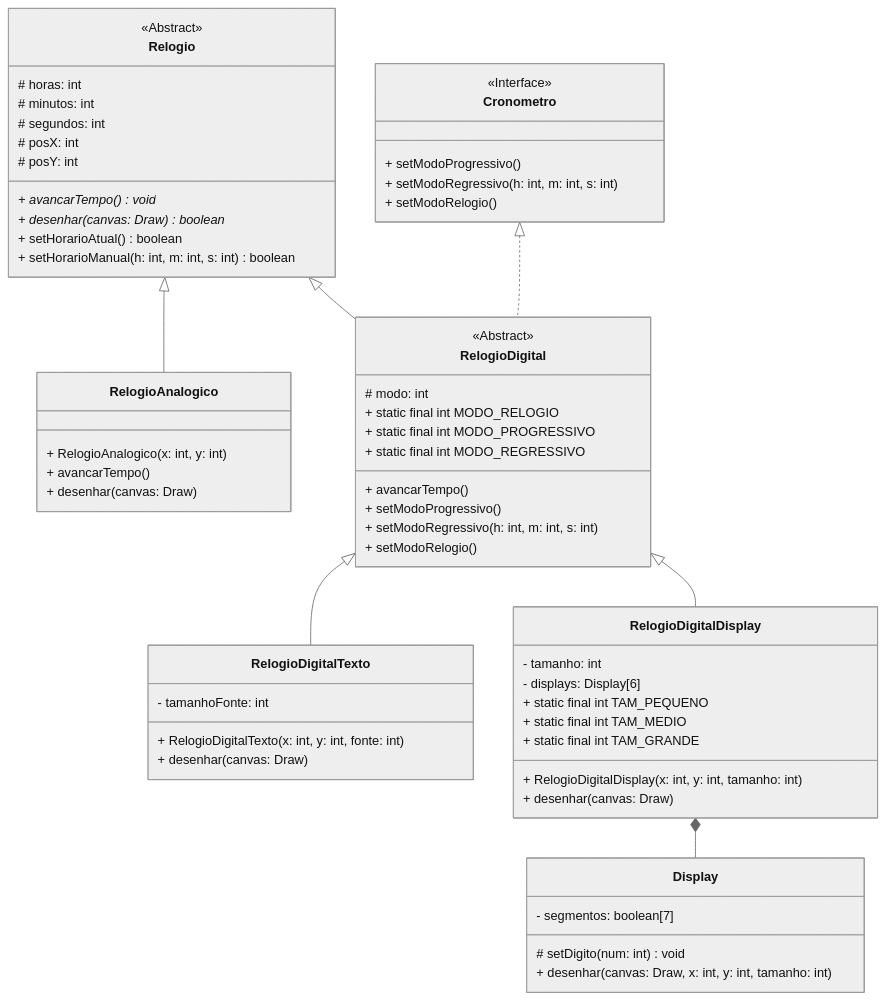
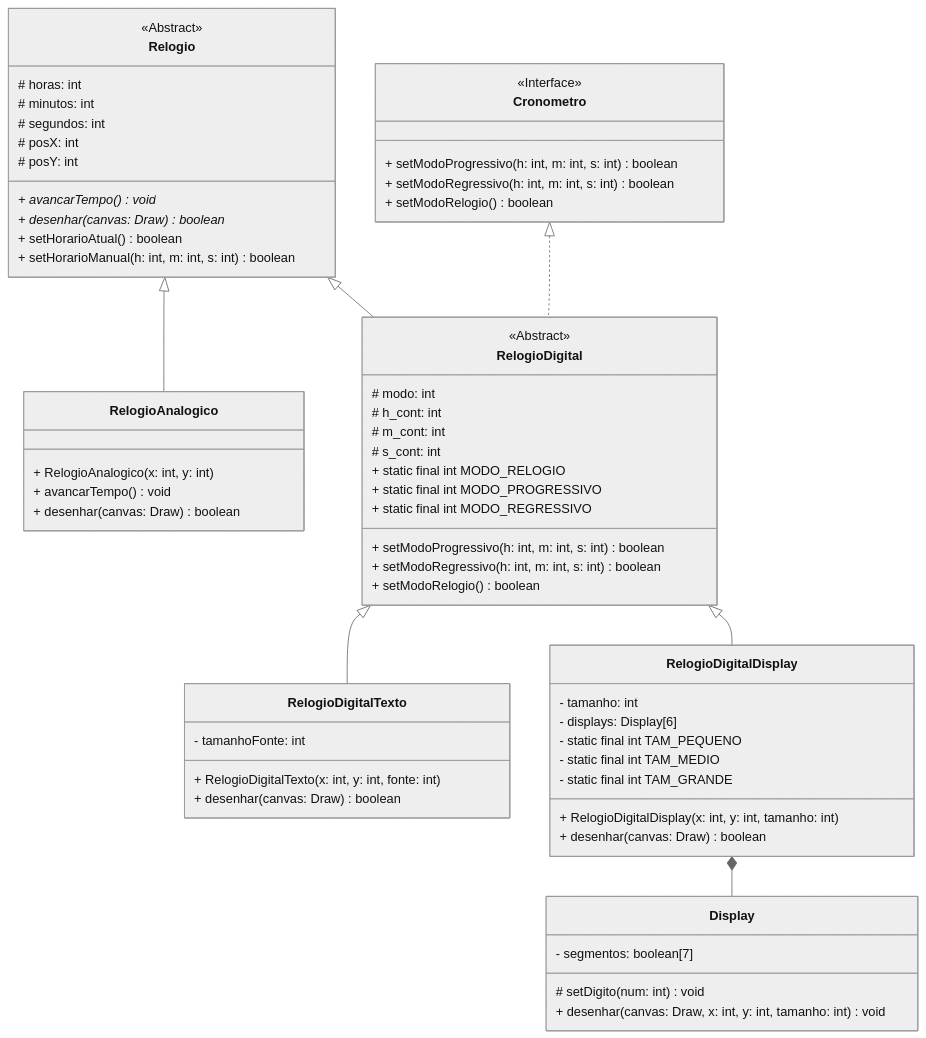
One commit to hiagosantos60/POO changed the diagram in lab06/README.md. Above: the diagram before and after it, drawn with Mermaid (neutral theme).

Commit message:
UPDATE UML

````diff
--- a/lab06/README.md
+++ b/lab06/README.md
@@ -8,71 +8,74 @@
 ``` mermaid
 classDiagram
 
     Relogio <|-- RelogioAnalogico
     Relogio <|-- RelogioDigital
     Cronometro <|.. RelogioDigital
     RelogioDigital <|-- RelogioDigitalTexto
     RelogioDigital <|-- RelogioDigitalDisplay
     RelogioDigitalDisplay *-- Display
 
     class Cronometro {
         <<Interface>>
-        + setModoProgressivo()
-        + setModoRegressivo(h: int, m: int, s: int)
-        + setModoRelogio()
+        + setModoProgressivo(h: int, m: int, s: int) boolean
+        + setModoRegressivo(h: int, m: int, s: int) boolean
+        + setModoRelogio() boolean
     }
 
     class Relogio {
         <<Abstract>>
         # horas: int
         # minutos: int
         # segundos: int
         # posX: int
         # posY: int
         + avancarTempo()* void
         + desenhar(canvas: Draw)* boolean
         + setHorarioAtual() boolean
         + setHorarioManual(h: int, m: int, s: int) boolean
     }
 
     class RelogioDigital {
         <<Abstract>>
         # modo: int
+        # h_cont: int
+        # m_cont: int
+        # s_cont: int
         + static final int MODO_RELOGIO
         + static final int MODO_PROGRESSIVO
         + static final int MODO_REGRESSIVO
-        + avancarTempo()
-        + setModoProgressivo()
-        + setModoRegressivo(h: int, m: int, s: int)
-        + setModoRelogio()
+        + setModoProgressivo(h: int, m: int, s: int) boolean
+        + setModoRegressivo(h: int, m: int, s: int) boolean
+        + setModoRelogio() boolean
     }
 
     class RelogioAnalogico {
         + RelogioAnalogico(x: int, y: int)
-        + avancarTempo()
-        + desenhar(canvas: Draw)
+        + avancarTempo() void
+        + desenhar(canvas: Draw) boolean
     }
 
     class RelogioDigitalTexto {
         - tamanhoFonte: int
         + RelogioDigitalTexto(x: int, y: int, fonte: int)
-        + desenhar(canvas: Draw)
+        + desenhar(canvas: Draw) boolean
     }
 
     class RelogioDigitalDisplay {
         - tamanho: int
         - displays: Display[6]
-        + static final int TAM_PEQUENO
-        + static final int TAM_MEDIO
-        + static final int TAM_GRANDE
+        - static final int TAM_PEQUENO
+        - static final int TAM_MEDIO
+        - static final int TAM_GRANDE
         + RelogioDigitalDisplay(x: int, y: int, tamanho: int)
-        + desenhar(canvas: Draw)
+        + desenhar(canvas: Draw) boolean
     }
 
     class Display {
         - segmentos: boolean[7]
         # setDigito(num: int) void
-        + desenhar(canvas: Draw, x: int, y: int, tamanho: int)
+        + desenhar(canvas: Draw, x: int, y: int, tamanho: int) void
     }
 
+
 ```
````
